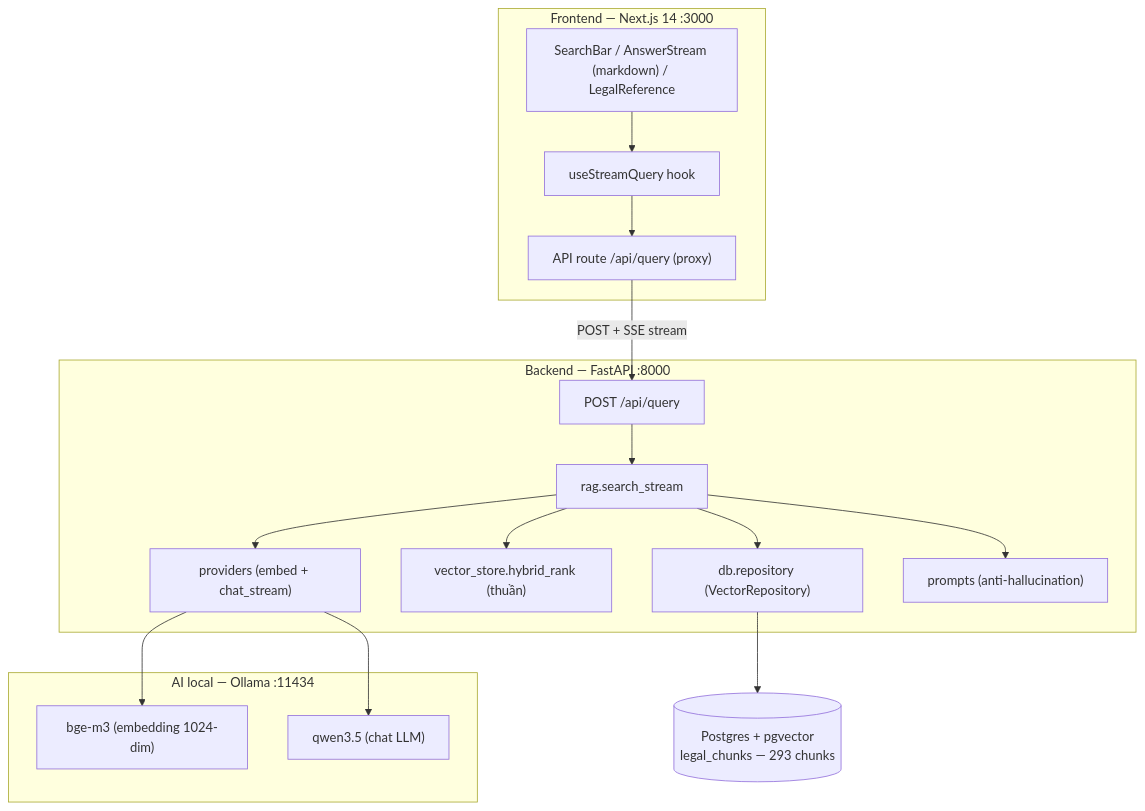
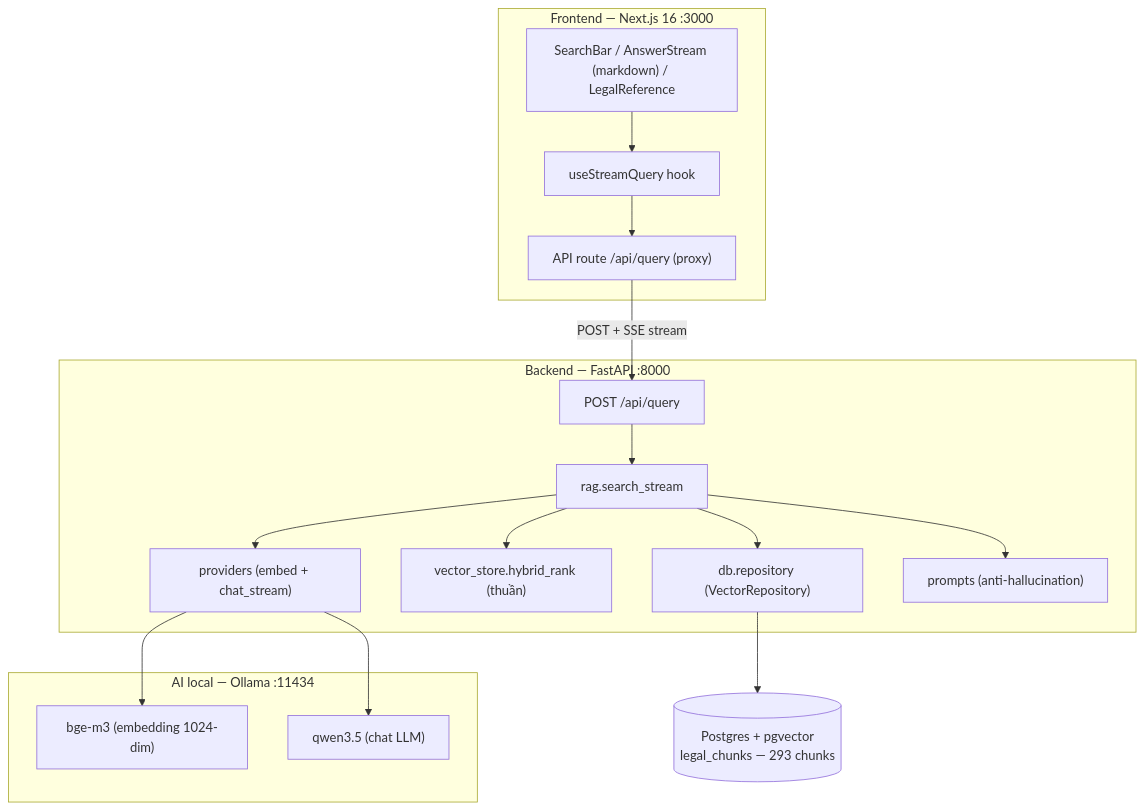
The first of 6 diagrams in docs/architecture.md (hoanghainh1188/vn-legal-ai-assistant), drawn with Mermaid before and after one commit.

Commit message:
docs: sửa nhãn Next.js 14 → 16 trong sơ đồ kiến trúc

````diff
--- a/docs/architecture.md
+++ b/docs/architecture.md
@@ -26,35 +26,35 @@
 ```mermaid
 graph TB
-    subgraph Client["Frontend — Next.js 14 :3000"]
+    subgraph Client["Frontend — Next.js 16 :3000"]
         UI["SearchBar / AnswerStream (markdown) / LegalReference"]
         Hook["useStreamQuery hook"]
         Proxy["API route /api/query (proxy)"]
         UI --> Hook --> Proxy
     end
 
     subgraph Server["Backend — FastAPI :8000"]
         Router["POST /api/query"]
         RAG["rag.search_stream"]
         Repo["db.repository (VectorRepository)"]
         VS["vector_store.hybrid_rank (thuần)"]
         LLM["providers (embed + chat_stream)"]
         Prompt["prompts (anti-hallucination)"]
         Router --> RAG
         RAG --> Repo
         RAG --> VS
         RAG --> Prompt
         RAG --> LLM
     end
 
     subgraph AI["AI local — Ollama :11434"]
         BGE["bge-m3 (embedding 1024-dim)"]
         QWEN["qwen3.5 (chat LLM)"]
     end
 
     PG[("Postgres + pgvector<br/>legal_chunks — 293 chunks")]
 
     Proxy -->|"POST + SSE stream"| Router
     Repo --> PG
     LLM --> BGE
     LLM --> QWEN
 ```
````
